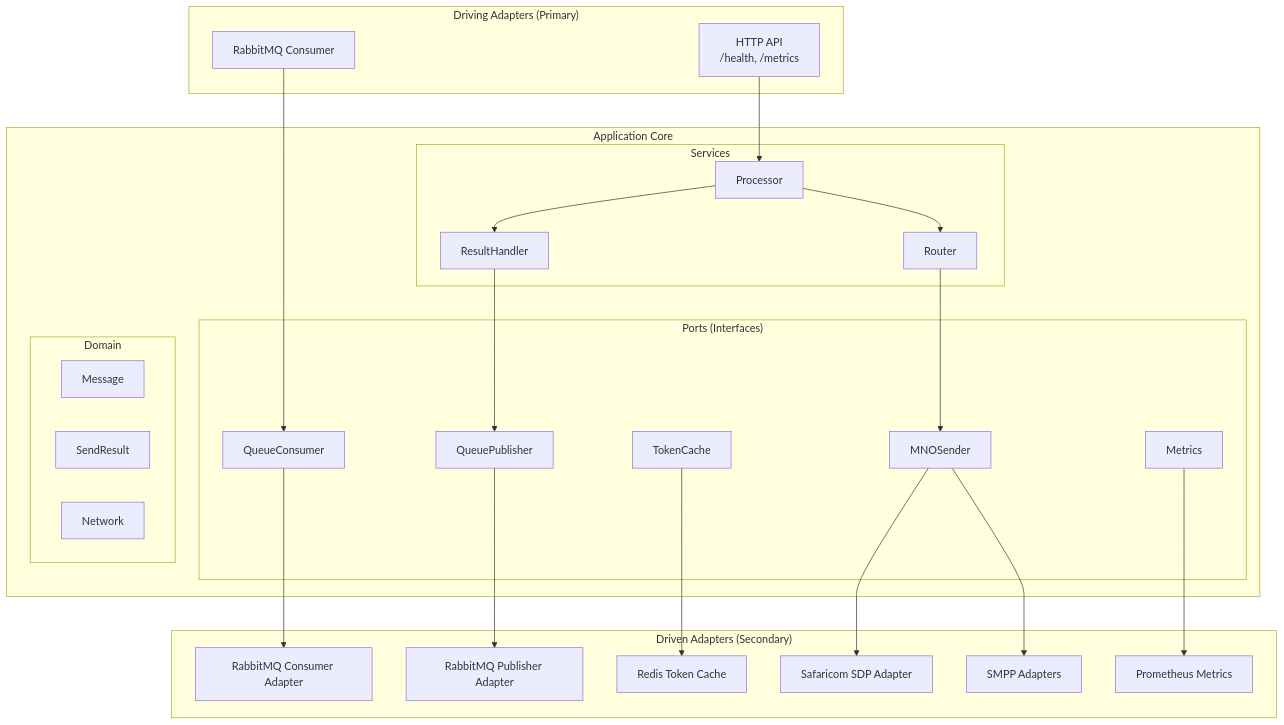
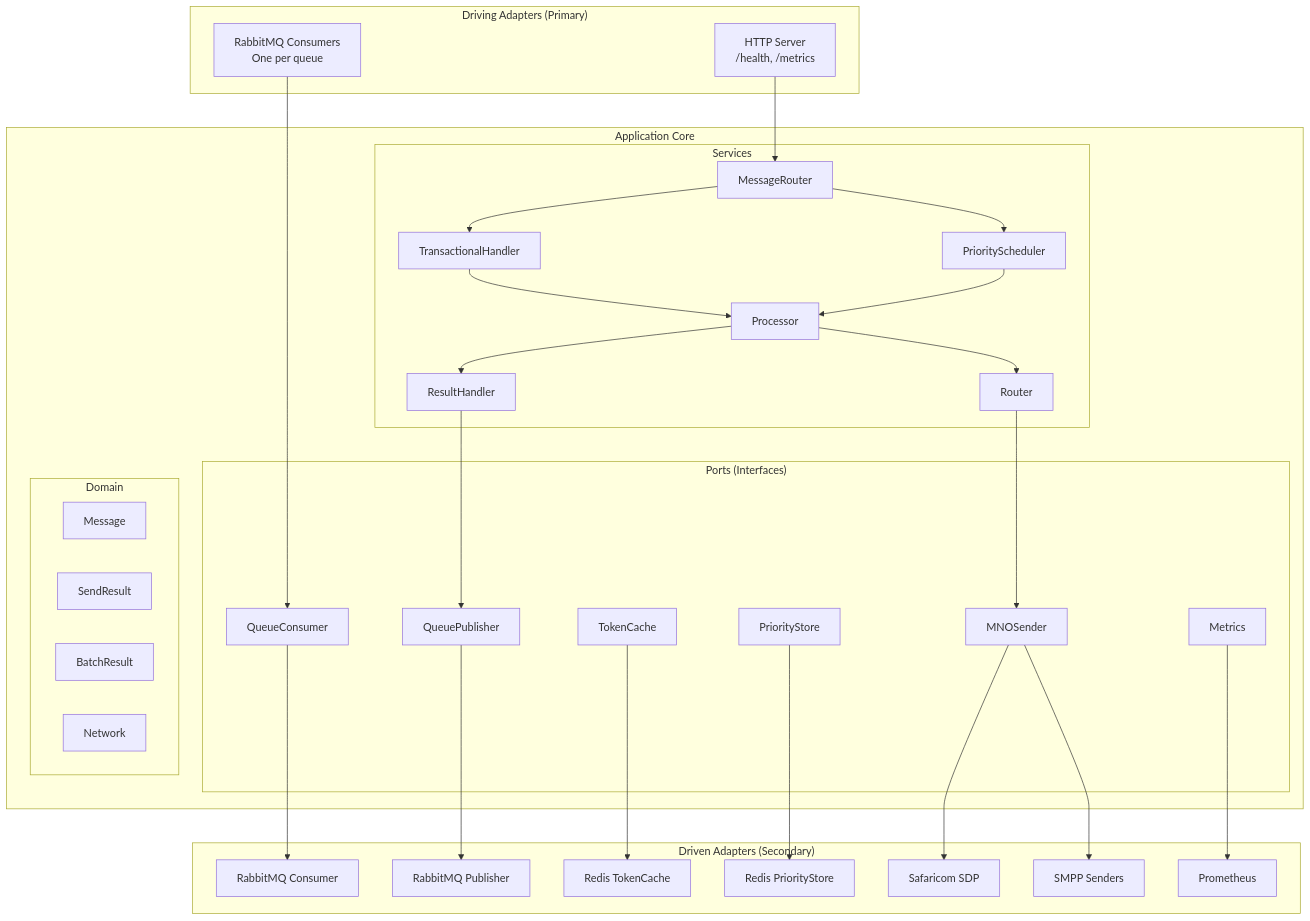
Before and after one commit to ElMonstro/sms-mno-gateway: the second of 18 diagrams in docs/architecture.md, drawn with Mermaid. The commit also changed other lines of this file, not shown here.

Commit message:
Added Master Flow Diagram to arch docs

````diff
--- a/docs/architecture.md
+++ b/docs/architecture.md
@@ -103,53 +158,64 @@
 ```mermaid
 graph TB
     subgraph "Driving Adapters (Primary)"
-        HTTP[HTTP API<br/>/health, /metrics]
-        CONSUMER[RabbitMQ Consumer]
+        HTTP[HTTP Server<br/>/health, /metrics]
+        CONSUMER[RabbitMQ Consumers<br/>One per queue]
     end
 
     subgraph "Application Core"
         subgraph "Ports (Interfaces)"
             QC[QueueConsumer]
             QP[QueuePublisher]
             MNO[MNOSender]
             TC[TokenCache]
+            PS_PORT[PriorityStore]
             MET[Metrics]
         end
 
         subgraph "Domain"
             MSG[Message]
             RES[SendResult]
+            BR[BatchResult]
             NET[Network]
         end
 
         subgraph "Services"
-            PROC[Processor]
-            ROUTE[Router]
-            RH[ResultHandler]
+            MSG_ROUTER[MessageRouter]
+            TX_HANDLER[TransactionalHandler]
+            PRI_SCHED[PriorityScheduler]
+            PROCESSOR[Processor]
+            ROUTER[Router]
+            RESULT_H[ResultHandler]
         end
     end
 
     subgraph "Driven Adapters (Secondary)"
-        RMQ_CONS[RabbitMQ Consumer Adapter]
-        RMQ_PUB[RabbitMQ Publisher Adapter]
-        REDIS_TC[Redis Token Cache]
-        MNO_SDP[Safaricom SDP Adapter]
-        MNO_SMPP[SMPP Adapters]
-        PROM[Prometheus Metrics]
+        RMQ_CONS[RabbitMQ Consumer]
+        RMQ_PUB[RabbitMQ Publisher]
+        REDIS_TC[Redis TokenCache]
+        REDIS_PS[Redis PriorityStore]
+        MNO_SDP[Safaricom SDP]
+        MNO_SMPP[SMPP Senders]
+        PROM[Prometheus]
     end
 
-    HTTP --> PROC
+    HTTP --> MSG_ROUTER
     CONSUMER --> QC
 
     QC --> RMQ_CONS
     QP --> RMQ_PUB
     MNO --> MNO_SDP
     MNO --> MNO_SMPP
     TC --> REDIS_TC
+    PS_PORT --> REDIS_PS
     MET --> PROM
 
-    PROC --> ROUTE
-    ROUTE --> MNO
-    PROC --> RH
-    RH --> QP
+    MSG_ROUTER --> TX_HANDLER
+    MSG_ROUTER --> PRI_SCHED
+    TX_HANDLER --> PROCESSOR
+    PRI_SCHED --> PROCESSOR
+    PROCESSOR --> ROUTER
+    ROUTER --> MNO
+    PROCESSOR --> RESULT_H
+    RESULT_H --> QP
 ```
````
